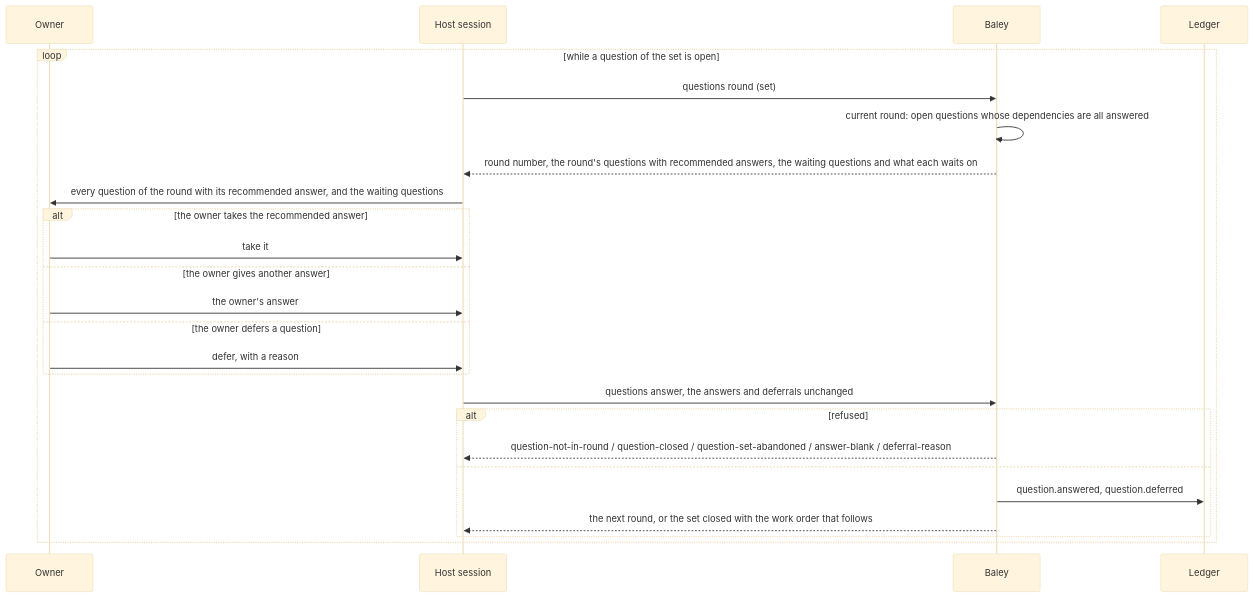
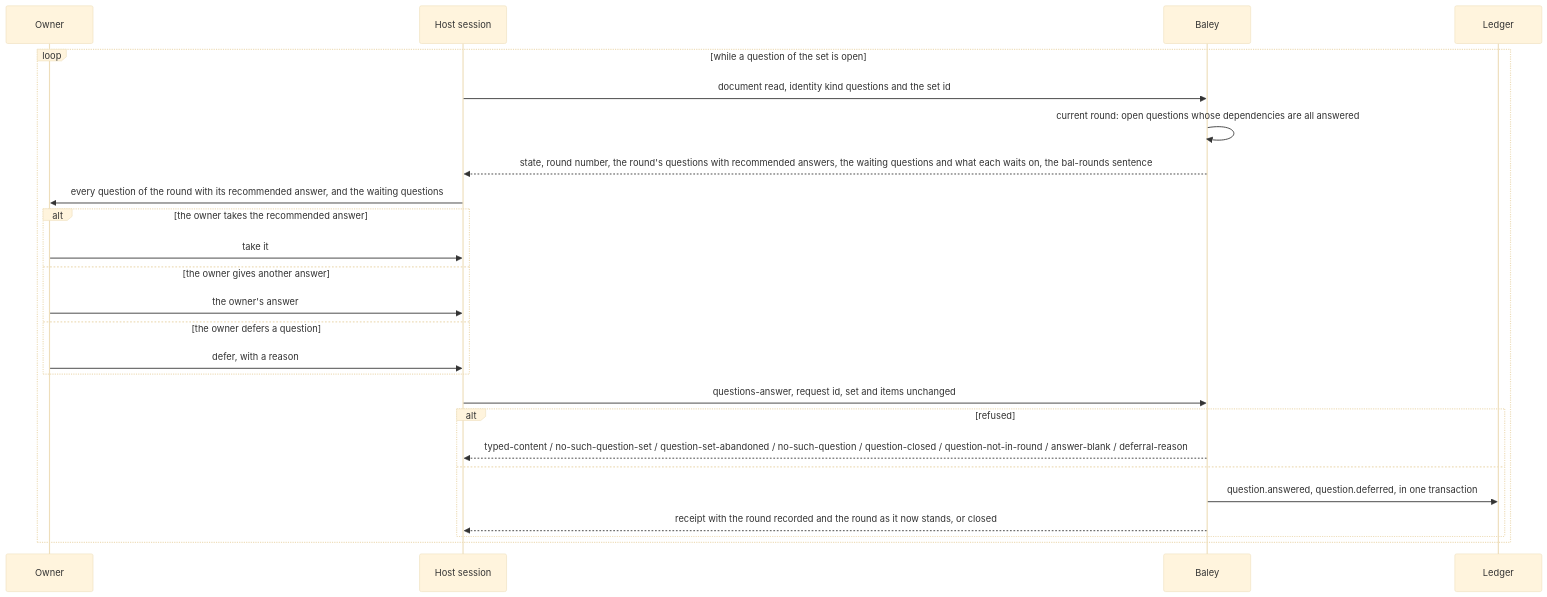
The eighth of 8 diagrams in docs/design/0005-context-plans-and-acceptance.md (jcrenshaw-dev/baley), drawn with Mermaid (base theme) before and after one commit. The commit also changed other lines of this file, not shown here.

First line of the commit message:
docs(6-3): describe question sets and rounds as built in design 0005

````diff
--- a/docs/design/0005-context-plans-and-acceptance.md
+++ b/docs/design/0005-context-plans-and-acceptance.md
@@ -550,27 +552,27 @@
 ```mermaid
 sequenceDiagram
   participant O as Owner
   participant H as Host session
   participant B as Baley
   participant L as Ledger
   loop while a question of the set is open
-    H->>B: questions round (set)
+    H->>B: document read, identity kind questions and the set id
     B->>B: current round: open questions whose dependencies are all answered
-    B-->>H: round number, the round's questions with recommended answers, the waiting questions and what each waits on
+    B-->>H: state, round number, the round's questions with recommended answers, the waiting questions and what each waits on, the bal-rounds sentence
     H->>O: every question of the round with its recommended answer, and the waiting questions
     alt the owner takes the recommended answer
       O->>H: take it
     else the owner gives another answer
       O->>H: the owner's answer
     else the owner defers a question
       O->>H: defer, with a reason
     end
-    H->>B: questions answer, the answers and deferrals unchanged
+    H->>B: questions-answer, request id, set and items unchanged
     alt refused
-      B-->>H: question-not-in-round / question-closed / question-set-abandoned / answer-blank / deferral-reason
+      B-->>H: typed-content / no-such-question-set / question-set-abandoned / no-such-question / question-closed / question-not-in-round / answer-blank / deferral-reason
     else
-      B->>L: question.answered, question.deferred
-      B-->>H: the next round, or the set closed with the work order that follows
+      B->>L: question.answered, question.deferred, in one transaction
+      B-->>H: receipt with the round recorded and the round as it now stands, or closed
     end
   end
 ```
````
